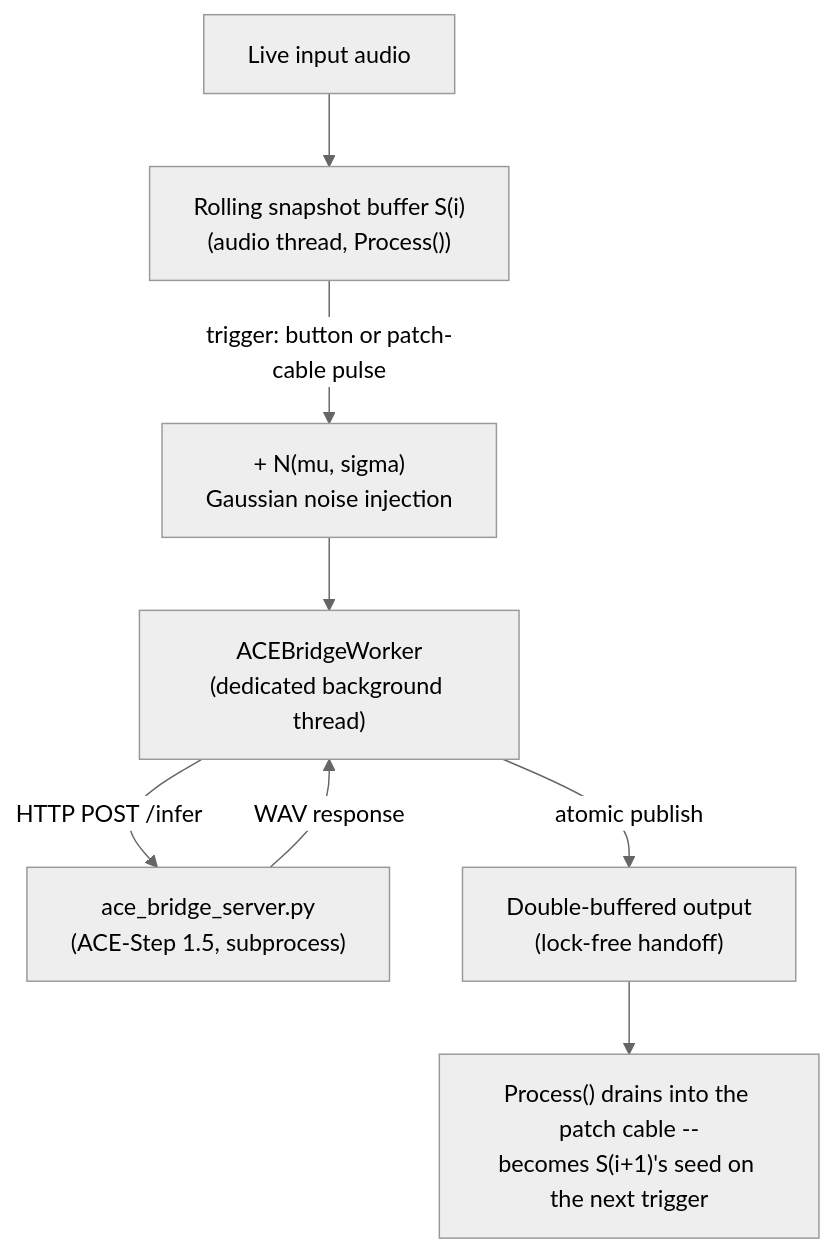
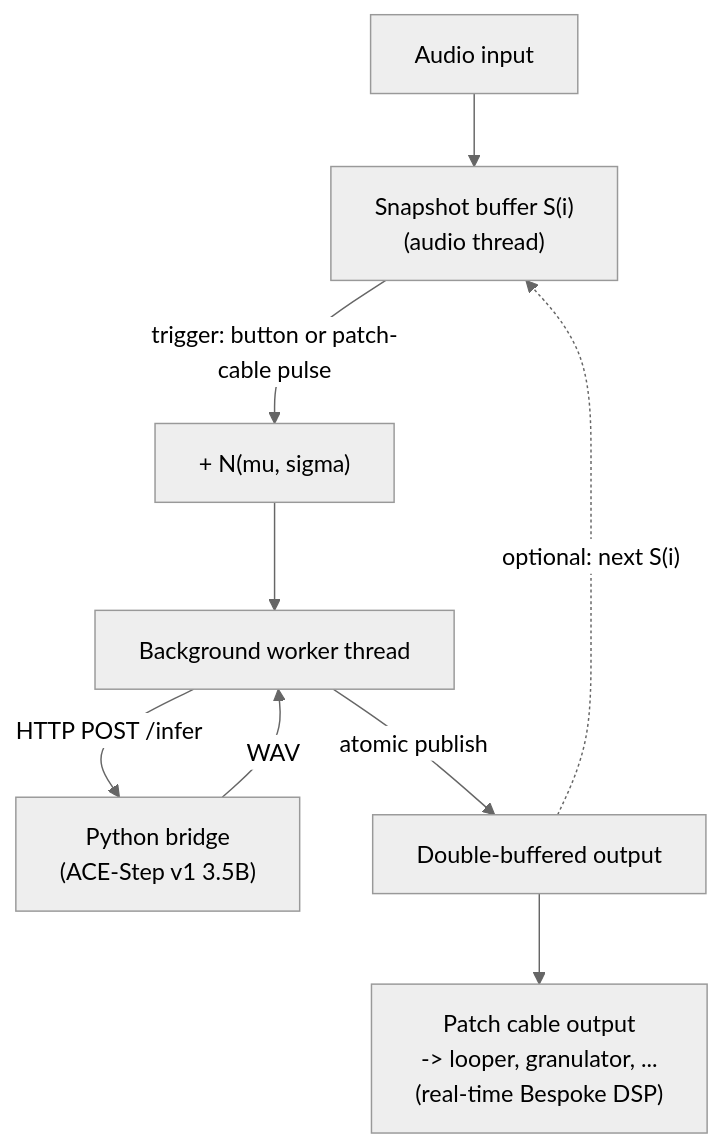
Before and after one commit to U-N-B-R-A-N-D-E-D/Latent-Resonator: the diagram in README.md, drawn with Mermaid (neutral theme). The commit also changed other lines of this file and 2 other files, not shown here.

````diff
--- a/README.md
+++ b/README.md
@@ -90,10 +46,11 @@
 ```mermaid
 graph TD
-    Input["Live input audio"] --> Snapshot["Rolling snapshot buffer S(i)\n(audio thread, Process())"]
-    Snapshot -->|"trigger: button or patch-cable pulse"| Noise["+ N(mu, sigma)\nGaussian noise injection"]
-    Noise --> Worker["ACEBridgeWorker\n(dedicated background thread)"]
-    Worker -->|"HTTP POST /infer"| Bridge["ace_bridge_server.py\n(ACE-Step 1.5, subprocess)"]
-    Bridge -->|"WAV response"| Worker
-    Worker -->|"atomic publish"| DoubleBuffer["Double-buffered output\n(lock-free handoff)"]
-    DoubleBuffer --> Playback["Process() drains into the patch cable --\nbecomes S(i+1)'s seed on the next trigger"]
+    Input["Audio input"] --> Snapshot["Snapshot buffer S(i)\n(audio thread)"]
+    Snapshot -->|"trigger: button or patch-cable pulse"| Noise["+ N(mu, sigma)"]
+    Noise --> Worker["Background worker thread"]
+    Worker -->|"HTTP POST /infer"| Bridge["Python bridge\n(ACE-Step v1 3.5B)"]
+    Bridge -->|"WAV"| Worker
+    Worker -->|"atomic publish"| Out["Double-buffered output"]
+    Out --> Play["Patch cable output\n-> looper, granulator, ...\n(real-time Bespoke DSP)"]
+    Out -.->|"optional: next S(i)"| Snapshot
 ```
````
